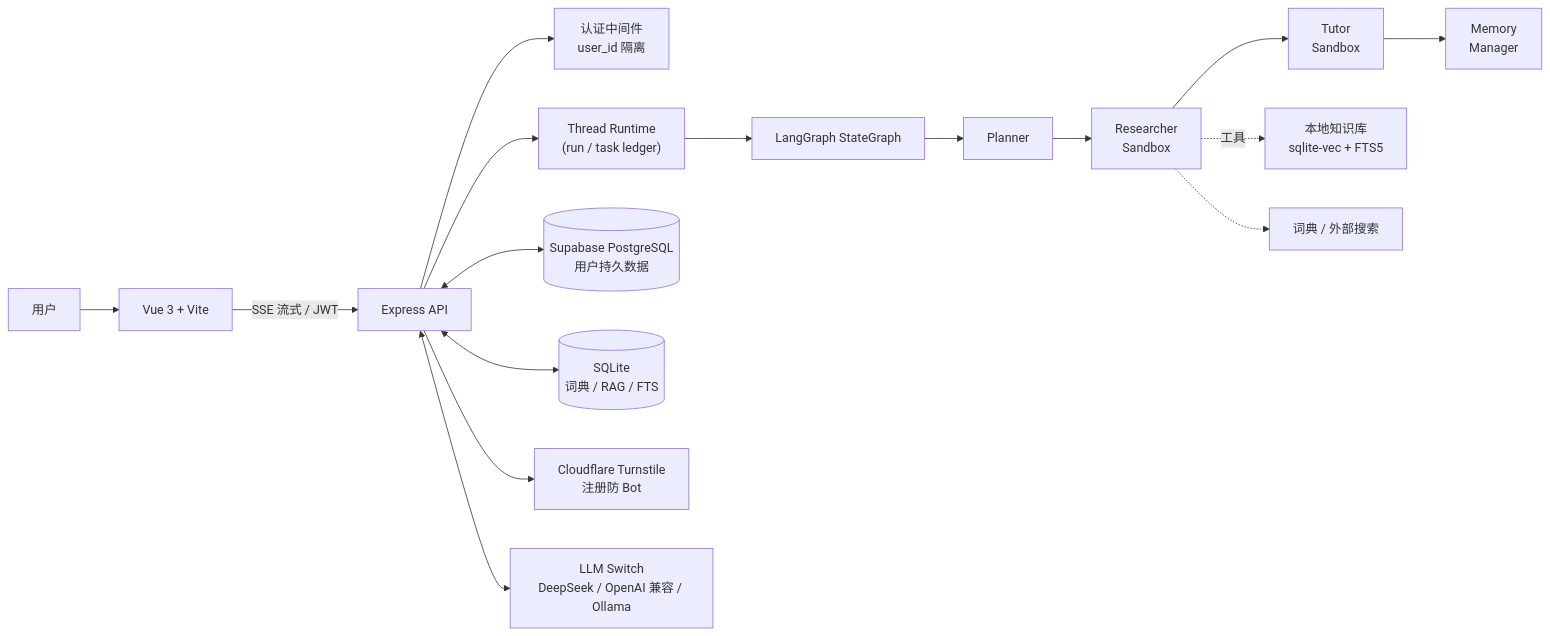
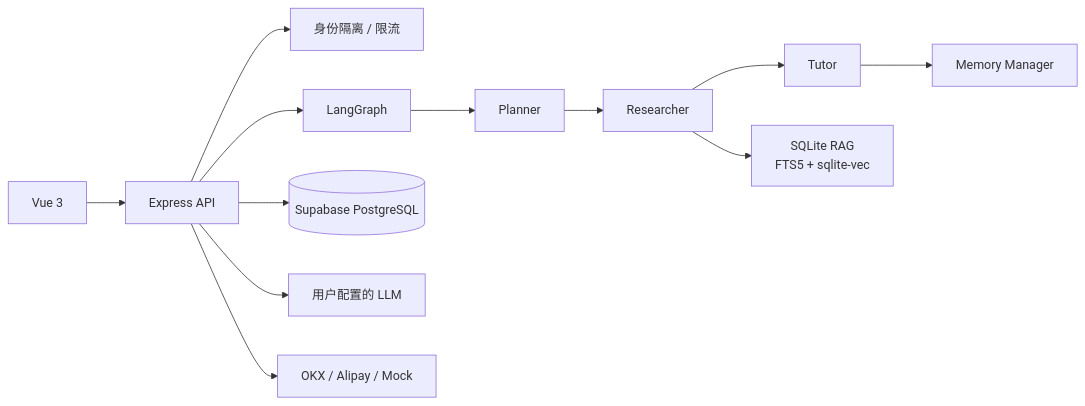
One commit to yuaiccc/japanese-verb-master changed the first of 2 diagrams in README.md. Above: the diagram before and after it, drawn with Mermaid. The commit also changed other lines of this file and 4 other files, not shown here.

````diff
--- a/README.md
+++ b/README.md
@@ -65,16 +42,11 @@
 ```mermaid
 flowchart LR
-  User["用户"] --> FE["Vue 3 + Vite"]
-  FE -->|"SSE 流式 / JWT"| API["Express API"]
-  API --> AUTH["认证中间件<br/>user_id 隔离"]
-  API --> RT["Thread Runtime<br/>(run / task ledger)"]
-  RT --> G["LangGraph StateGraph"]
-  G --> P["Planner"] --> R["Researcher<br/>Sandbox"]
-  R --> T["Tutor<br/>Sandbox"] --> M["Memory<br/>Manager"]
-  R -.->|"工具"| KB["本地知识库<br/>sqlite-vec + FTS5"]
-  R -.-> EXT["词典 / 外部搜索"]
-  API <--> PG[("Supabase PostgreSQL<br/>用户持久数据")]
-  API <--> DB[("SQLite<br/>词典 / RAG / FTS")]
-  API --> TS["Cloudflare Turnstile<br/>注册防 Bot"]
-  API <--> LLM["LLM Switch<br/>DeepSeek / OpenAI 兼容 / Ollama"]
+  Browser["Vue 3"] --> API["Express API"]
+  API --> Auth["身份隔离 / 限流"]
+  API --> Graph["LangGraph"]
+  Graph --> Planner --> Researcher --> Tutor --> Memory["Memory Manager"]
+  Researcher --> KB["SQLite RAG<br/>FTS5 + sqlite-vec"]
+  API --> PG[("Supabase PostgreSQL")]
+  API --> LLM["用户配置的 LLM"]
+  API --> Pay["OKX / Alipay / Mock"]
 ```
````
